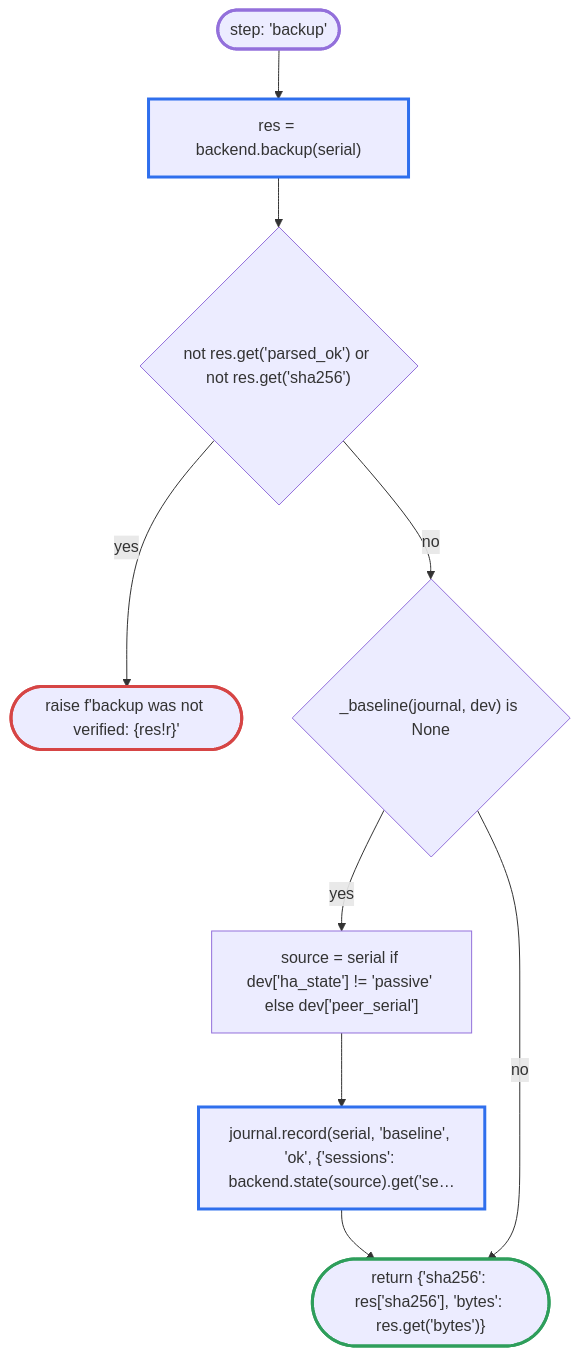
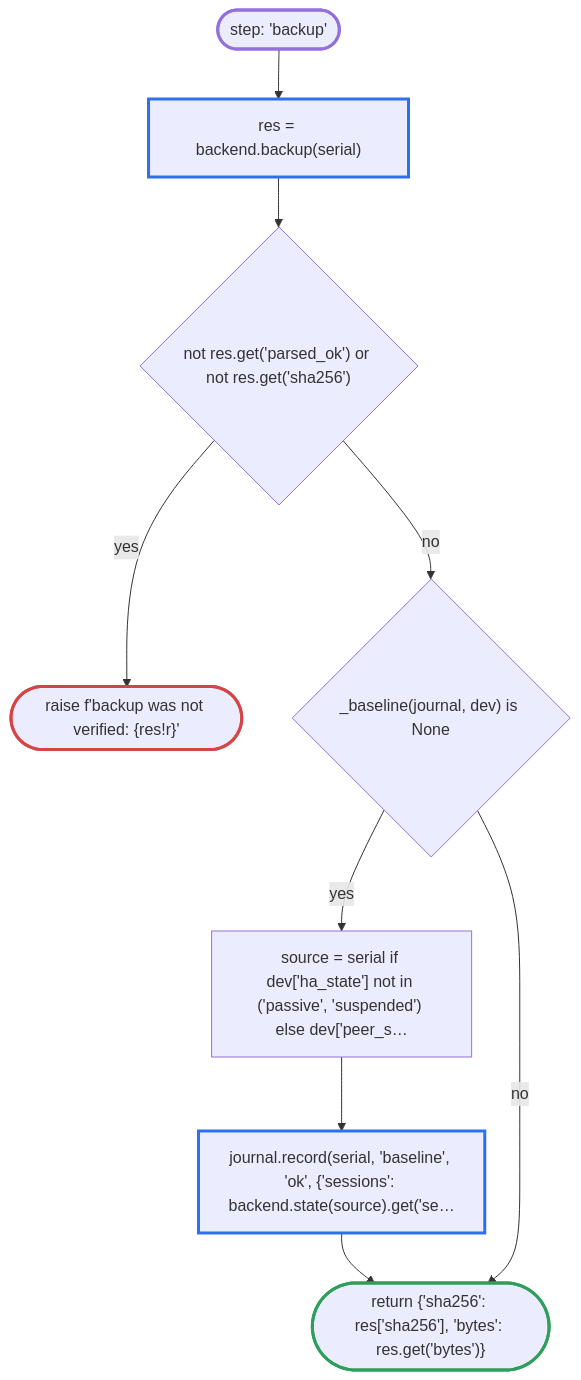
The eighth of 19 diagrams in docs/flow/upgrade.md (fettigcj/panUpgrade), drawn with Mermaid before and after one commit. The commit also changed other lines of this file and 10 other files, not shown here.

````diff
--- a/docs/flow/upgrade.md
+++ b/docs/flow/upgrade.md
@@ -340,29 +340,29 @@
 ```mermaid
 flowchart TD
     d2_1(["step: 'backup'"])
     d2_2["res = backend.backup(serial)"]
     d2_3{"not res.get('parsed_ok') or not res.get('sha256')"}
     d2_4(["raise f'backup was not verified: {res!r}'"])
     d2_5{"_baseline(journal, dev) is None"}
-    d2_6["source = serial if dev['ha_state'] != 'passive' else dev['peer_serial']"]
+    d2_6["source = serial if dev['ha_state'] not in ('passive', 'suspended') else dev['peer_s…"]
     d2_7["journal.record(serial, 'baseline', 'ok', {'sessions': backend.state(source).get('se…"]
     d2_8(["return {'sha256': res['sha256'], 'bytes': res.get('bytes')}"])
     d2_1 --> d2_2
     d2_2 --> d2_3
     d2_3 -->|yes| d2_4
     d2_3 -->|no| d2_5
     d2_5 -->|yes| d2_6
     d2_6 --> d2_7
     d2_7 --> d2_8
     d2_5 -->|no| d2_8
     classDef api stroke:#2f6fed,stroke-width:3px
     classDef refuse stroke:#d64545,stroke-width:3px
     classDef done stroke:#2e9e5b,stroke-width:3px
     classDef step stroke:#e0a020,stroke-width:3px
     classDef entry stroke-width:3px
     class d2_1 entry
     class d2_2 api
     class d2_4 refuse
     class d2_7 api
     class d2_8 done
 ```
````
